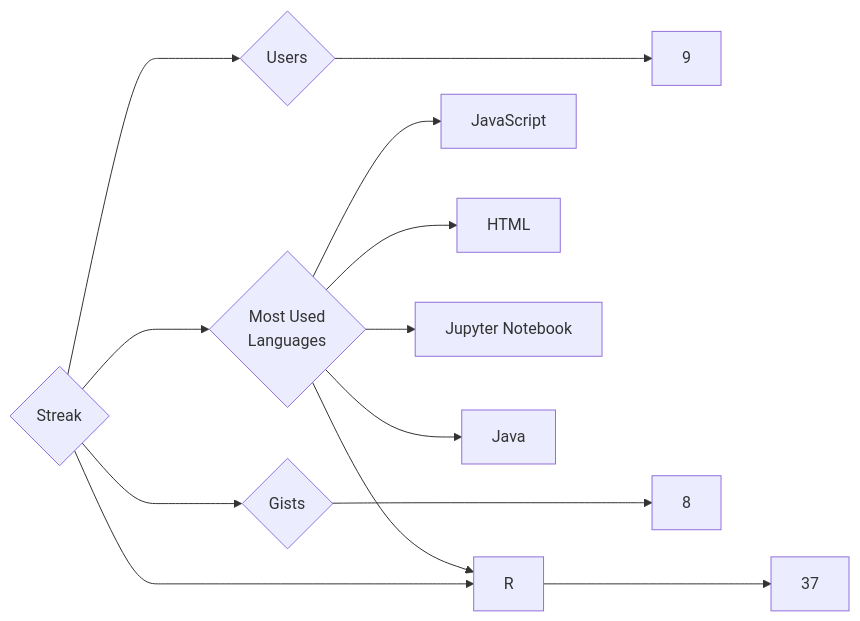
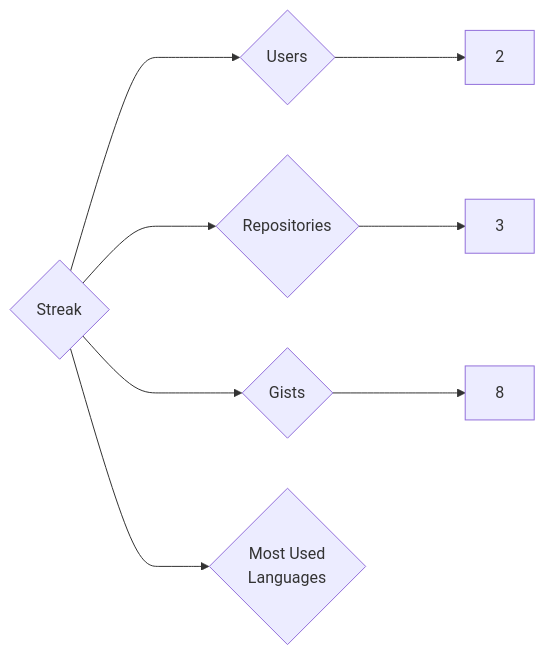
One commit to trickest/insiders changed the diagram in targets/Streak/README.md. Above: the diagram before and after it, drawn with Mermaid. The commit also changed 1248 other files, not shown here.

````diff
--- a/targets/Streak/README.md
+++ b/targets/Streak/README.md
@@ -3,13 +3,8 @@
 ```mermaid
 graph LR
 COMPANY_NAME{Streak}
-COMPANY_NAME ---> U{Users} ---> UN[9]
-COMPANY_NAME ---> R{Repositories} ---> RN[37]
+COMPANY_NAME ---> U{Users} ---> UN[2]
+COMPANY_NAME ---> R{Repositories} ---> RN[3]
 COMPANY_NAME ---> G{Gists} ---> GN[8]
 COMPANY_NAME ---> ML{Most Used<br>Languages}
-ML --> JavaScript[JavaScript]
-ML --> HTML[HTML]
-ML --> R[R]
-ML --> Jupyter_Notebook[Jupyter Notebook]
-ML --> Java[Java]
 ```
````
